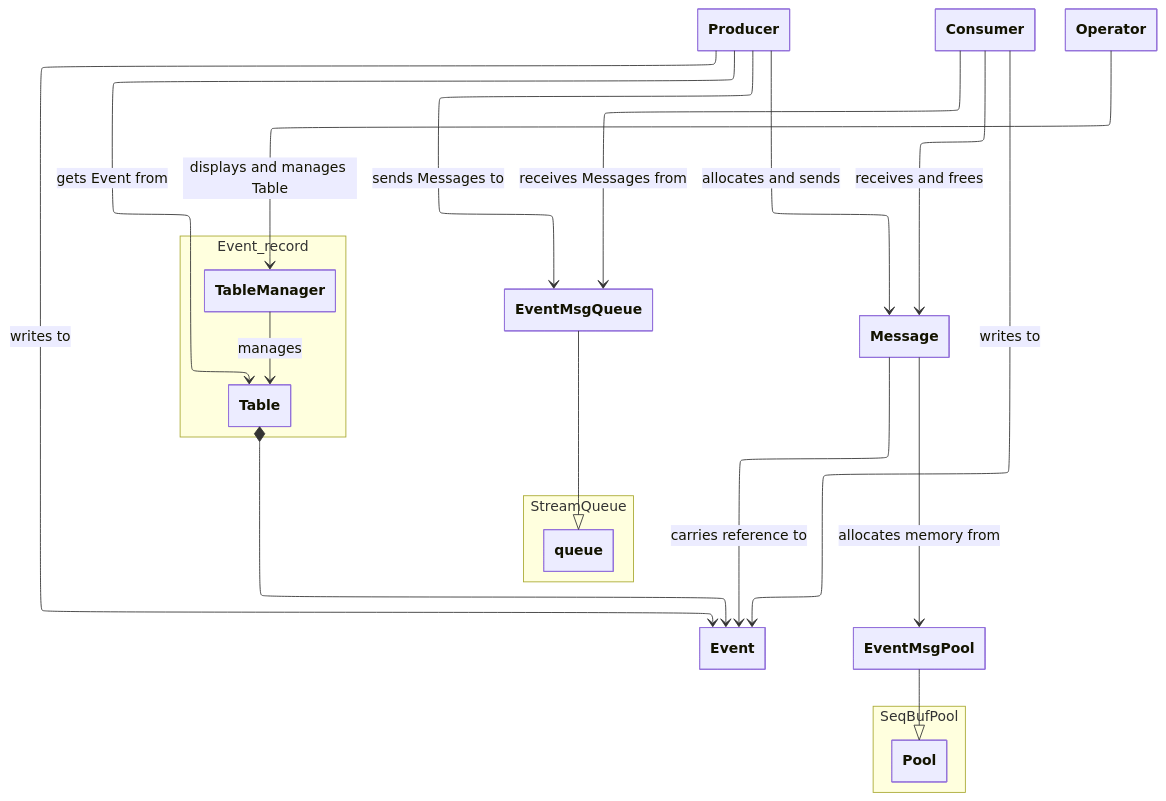
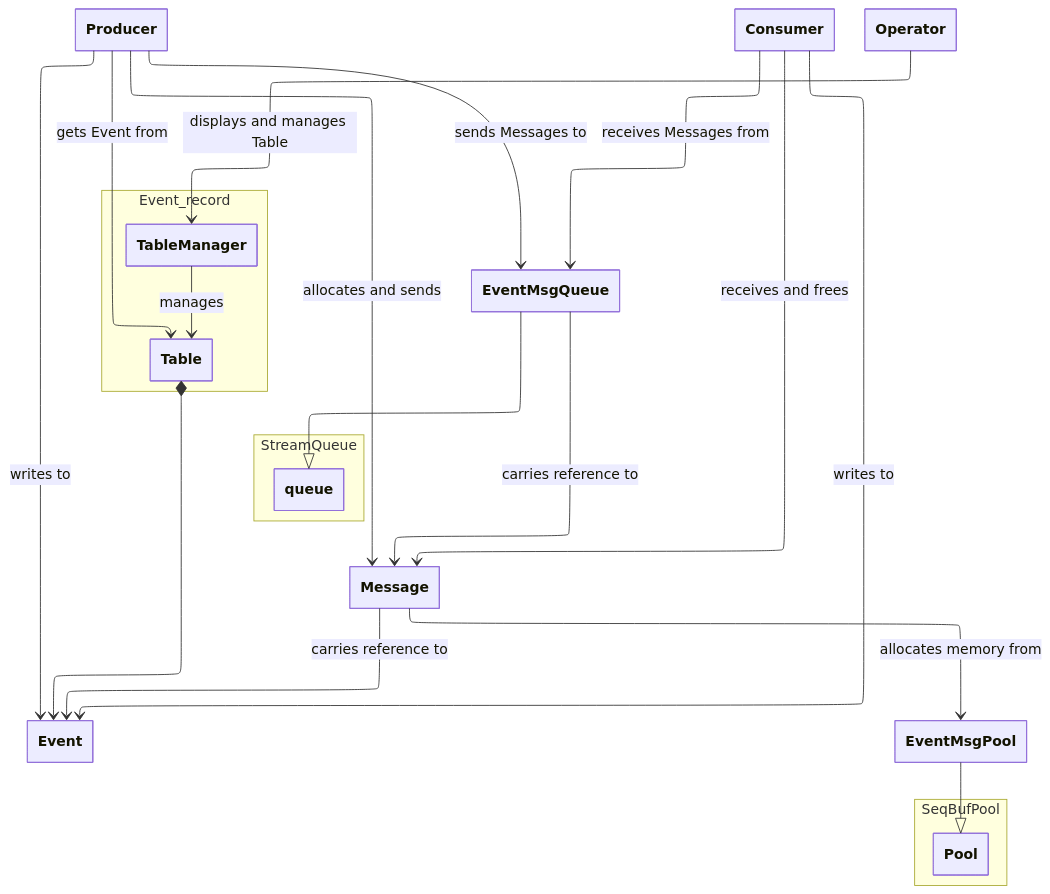
Before and after one commit to ferdi-pienaar/event_recorder-client: the diagram in README.md, drawn with Mermaid. The commit also changed 4 other files, not shown here.

````diff
--- a/README.md
+++ b/README.md
@@ -13,36 +13,37 @@
 ```mermaid
 ---
 config:
   layout: elk
   class:
     hideEmptyMembersBox: true
 ---
 
 classDiagram
 
     Table *--> Event
     Producer --> EventMsgQueue : sends Messages to
     Consumer --> EventMsgQueue : receives Messages from
+    EventMsgQueue --> Message : carries reference to
     Producer --> Event : writes to
     Consumer --> Event : writes to
     Producer --> Message : allocates and sends
     Consumer --> Message : receives and frees
     Message --> Event : carries reference to
 
     namespace Event_record {
         class TableManager
         class Table
     }
 
     namespace SeqBufPool { class Pool }
     namespace StreamQueue { class queue }
 
     EventMsgPool --|> Pool
     EventMsgQueue --|> queue
 
     Message --> EventMsgPool : allocates memory from
     TableManager --> Table : manages
     Producer --> Table : gets Event from
     Operator --> TableManager : displays and manages Table
 
 ```
````
